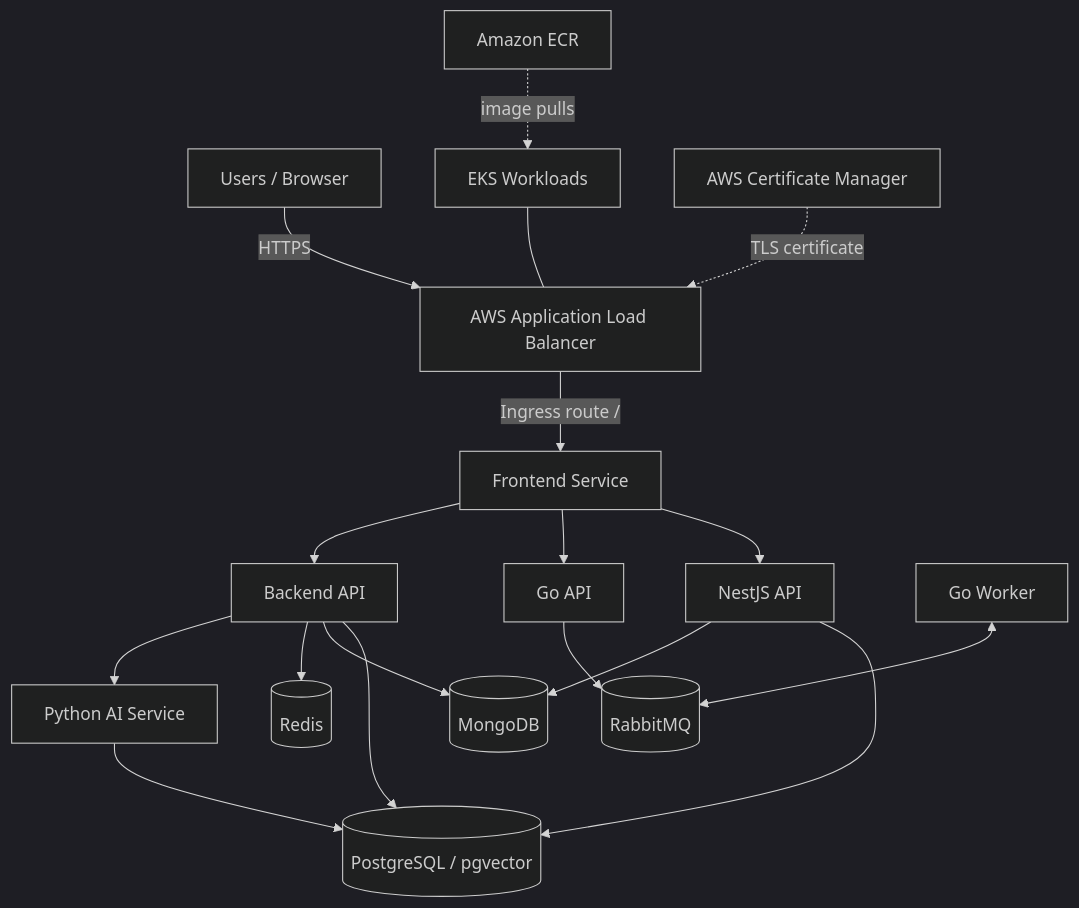
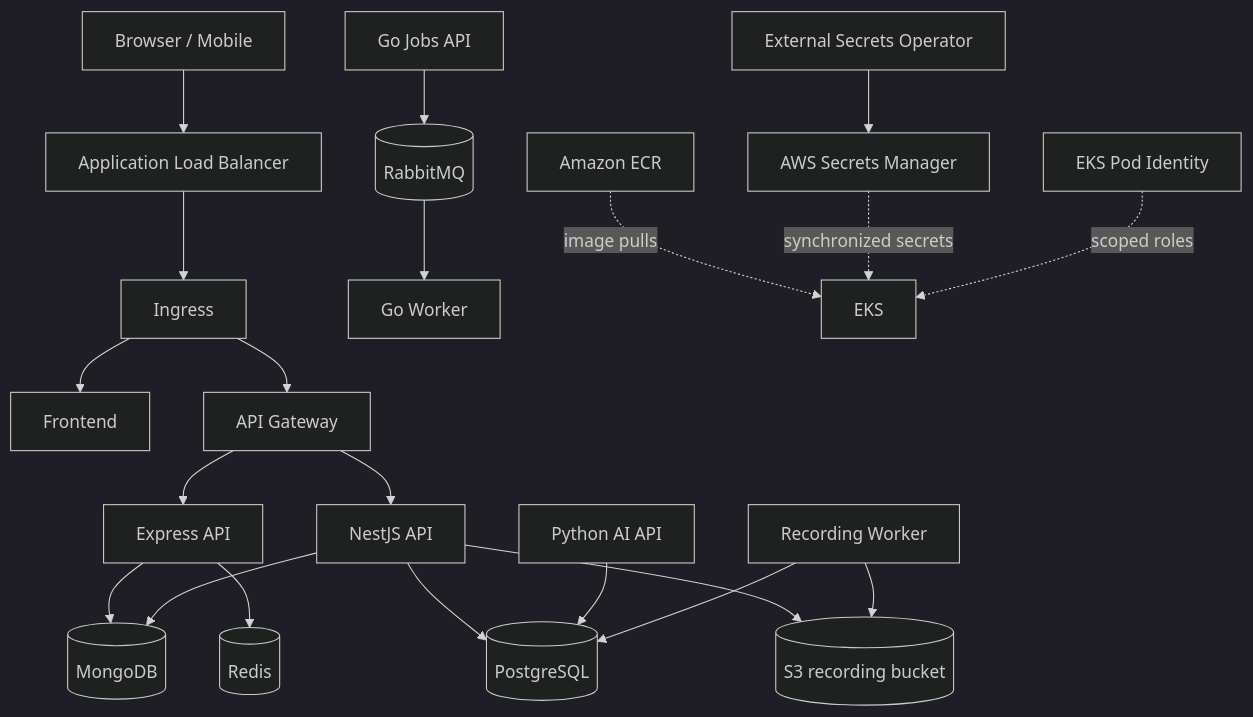
One commit to CLOUDVGR2/Relay-monorepo changed the diagram in docs/architecture/aws-deployment.md. Above: the diagram before and after it, drawn with Mermaid (dark theme). The commit also changed other lines of this file and 48 other files, not shown here.

````diff
--- a/docs/architecture/aws-deployment.md
+++ b/docs/architecture/aws-deployment.md
@@ -7,20 +9,23 @@
 ```mermaid
-flowchart TD
-    U[Users / Browser] -->|HTTPS| ALB[AWS Application Load Balancer]
-    ALB -->|Ingress route /| FE[Frontend Service]
-    FE --> BE[Backend API]
-    FE --> GO[Go API]
-    FE --> NEST[NestJS API]
-    BE --> PY[Python AI Service]
-    BE --> REDIS[(Redis)]
-    BE --> MONGO[(MongoDB)]
-    BE --> PG[(PostgreSQL / pgvector)]
-    GO --> MQ[(RabbitMQ)]
-    WORKER[Go Worker] <--> MQ
-    NEST --> MONGO
-    NEST --> PG
-    PY --> PG
-    ECR[Amazon ECR] -. image pulls .-> EKS[EKS Workloads]
-    EKS --- ALB
-    ACM[AWS Certificate Manager] -. TLS certificate .-> ALB
+flowchart TB
+  CLIENT[Browser / Mobile] --> ALB[Application Load Balancer]
+  ALB --> ING[Ingress]
+  ING --> FE[Frontend]
+  ING --> GW[API Gateway]
+  GW --> EXP[Express API]
+  GW --> NEST[NestJS API]
+  EXP --> M[(MongoDB)]
+  EXP --> R[(Redis)]
+  NEST --> PG[(PostgreSQL)]
+  NEST --> M
+  NEST --> S3[(S3 recording bucket)]
+  PY[Python AI API] --> PG
+  GOAPI[Go Jobs API] --> MQ[(RabbitMQ)]
+  MQ --> GOW[Go Worker]
+  REC[Recording Worker] --> S3
+  REC --> PG
+  ECR[Amazon ECR] -. image pulls .-> EKS[EKS]
+  ESO[External Secrets Operator] --> SM[AWS Secrets Manager]
+  SM -. synchronized secrets .-> EKS
+  IAM[EKS Pod Identity] -. scoped roles .-> EKS
 ```
````
